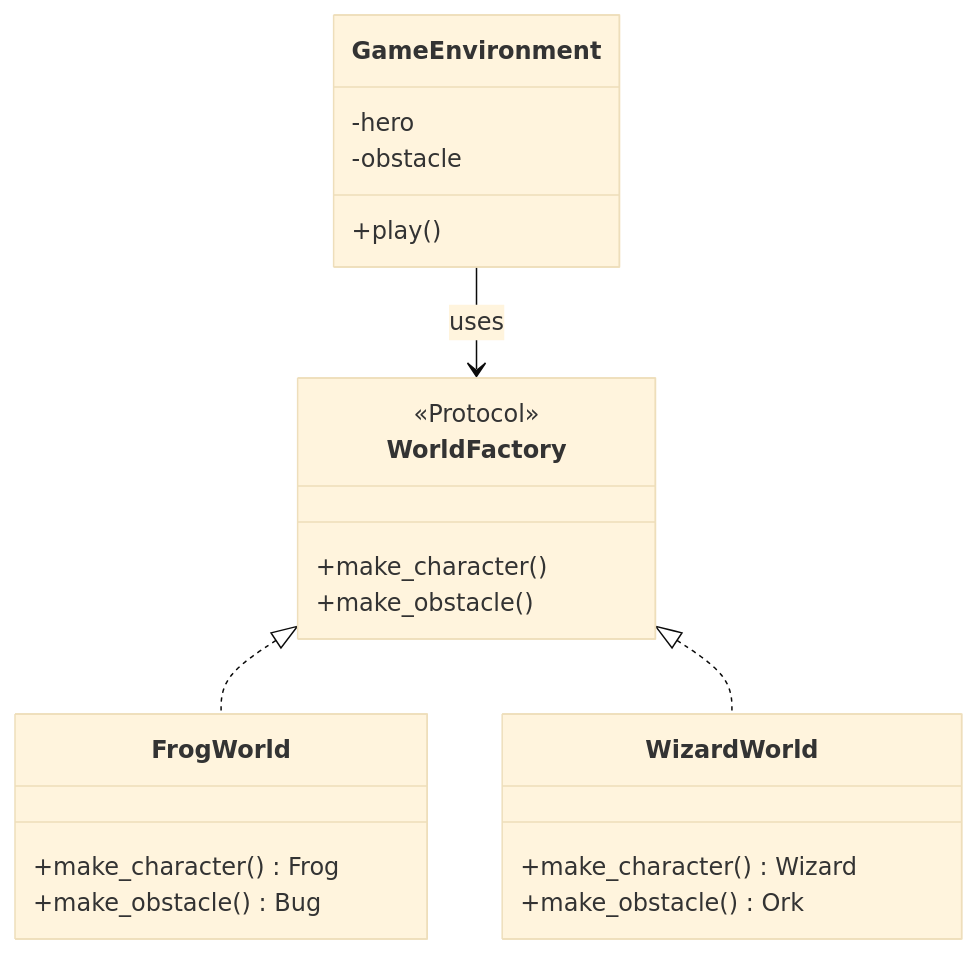
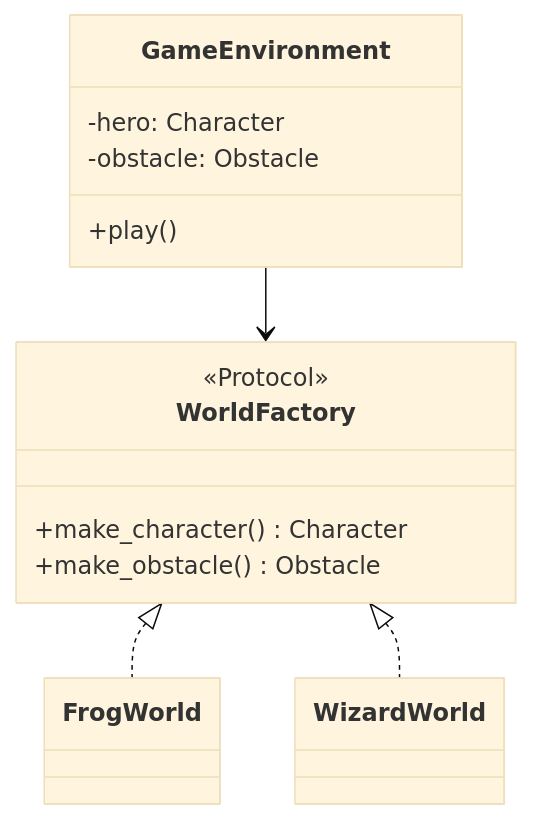
The diagram in python-design-patterns/creational/abstract-factory.md (SanjayR857/All-in-One-Notes), drawn with Mermaid (base theme) before and after one commit. The commit also changed other lines of this file and 40 other files, not shown here.

````diff
--- a/python-design-patterns/creational/abstract-factory.md
+++ b/python-design-patterns/creational/abstract-factory.md
@@ -25,24 +33,18 @@
 ```mermaid
 classDiagram
     class WorldFactory {
         <<Protocol>>
-        +make_character()
-        +make_obstacle()
+        +make_character() Character
+        +make_obstacle() Obstacle
     }
-    class FrogWorld {
-        +make_character() Frog
-        +make_obstacle() Bug
-    }
-    class WizardWorld {
-        +make_character() Wizard
-        +make_obstacle() Ork
-    }
+    class FrogWorld
+    class WizardWorld
     class GameEnvironment {
-        -hero
-        -obstacle
+        -hero: Character
+        -obstacle: Obstacle
         +play()
     }
     WorldFactory <|.. FrogWorld
     WorldFactory <|.. WizardWorld
-    GameEnvironment --> WorldFactory : uses
+    GameEnvironment --> WorldFactory
 ```
````
